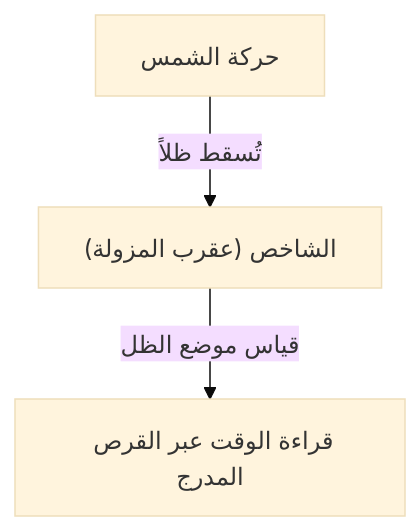
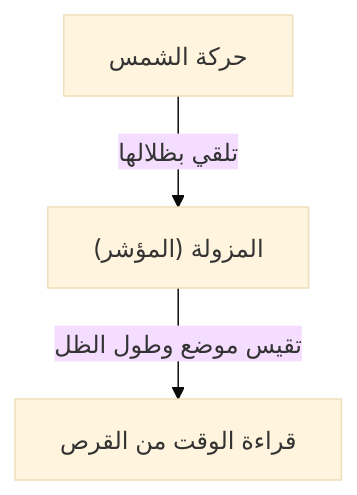
One commit to kenjinote/blog changed the first of 3 diagrams in content/post/history-of-timekeeping-technology/index.ar.md. Above: the diagram before and after it, drawn with Mermaid (base theme). The commit also changed other lines of this file and 129 other files, not shown here.

````diff
--- a/content/post/history-of-timekeeping-technology/index.ar.md
+++ b/content/post/history-of-timekeeping-technology/index.ar.md
@@ -19,5 +22,5 @@
 ```mermaid
 graph TD
-    A["حركة الشمس"] -- "تُسقط ظلاً" --> B["الشاخص (عقرب المزولة)"]
-    B -- "قياس موضع الظل" --> C["قراءة الوقت عبر القرص المدرج"]
+    A["حركة الشمس"] -- "تلقي بظلالها" --> B["المزولة (المؤشر)"]
+    B -- "تقيس موضع وطول الظل" --> C["قراءة الوقت من القرص"]
 ```
````
